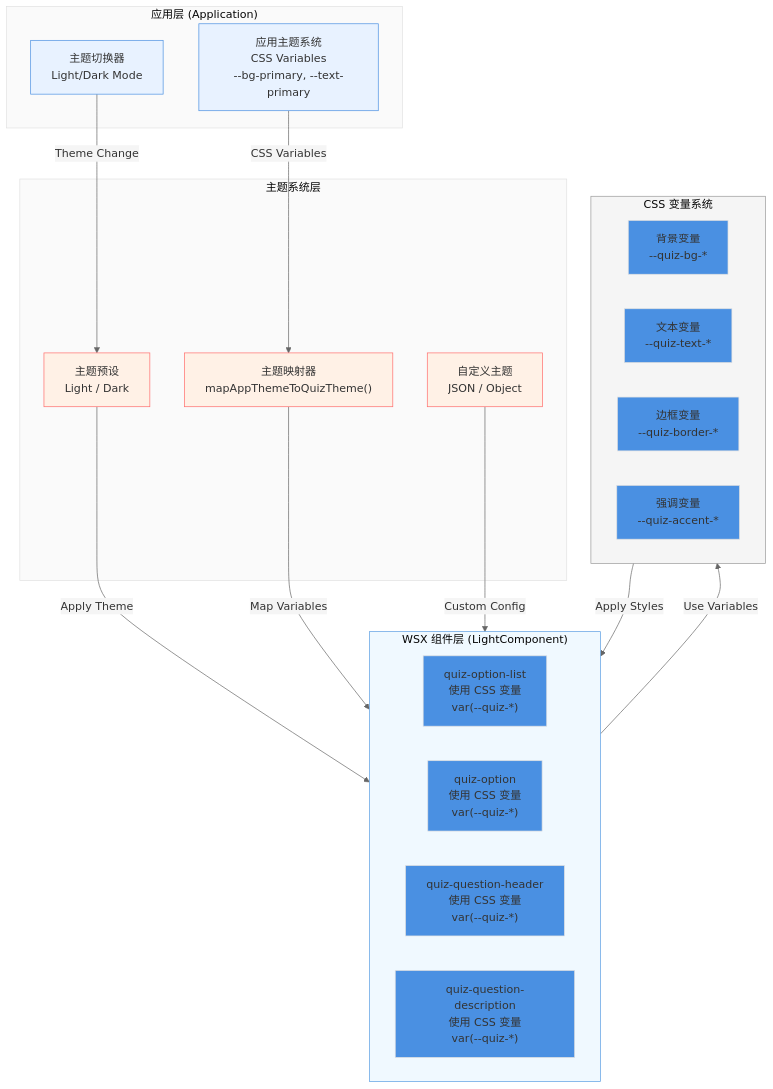
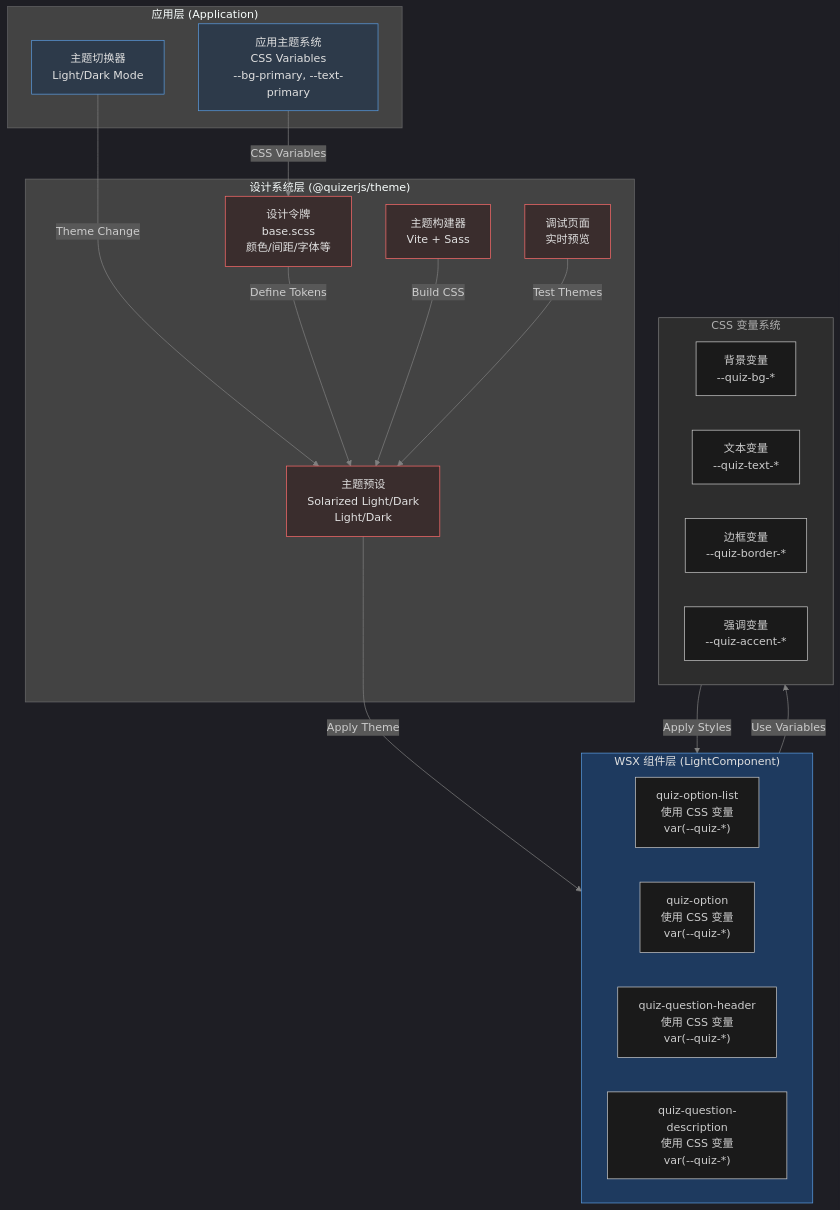
Before and after one commit to quizerjs/quizerjs: the first of 4 diagrams in docs/rfc/0008-wsx-theming-system.md, drawn with Mermaid. The commit also changed other lines of this file and 17 other files, not shown here.

First line of the commit message:
feat(theme): 创建 @quizerjs/theme 包，实现设计系统和主题切换功能

````diff
--- a/docs/rfc/0008-wsx-theming-system.md
+++ b/docs/rfc/0008-wsx-theming-system.md
@@ -44,45 +68,48 @@
 ```mermaid
-%%{init: {'theme':'base', 'themeVariables': {'primaryColor':'#4a90e2','primaryTextColor':'#333','primaryBorderColor':'#e0e0e0','lineColor':'#666','secondaryColor':'#f5f5f5','tertiaryColor':'#fafafa'}}}%%
+%%{init: {'theme':'dark', 'themeVariables': {'primaryColor':'#5a9de2','primaryTextColor':'#e0e0e0','primaryBorderColor':'#404040','lineColor':'#808080','secondaryColor':'#2d2d2d','tertiaryColor':'#262626','background':'#1a1a1a','mainBkg':'#1a1a1a','secondBkg':'#262626','tertiaryBkg':'#2d2d2d'}}}%%
 graph TB
     subgraph App["应用层 (Application)"]
         AppTheme["应用主题系统<br/>CSS Variables<br/>--bg-primary, --text-primary"]
         ThemeToggle["主题切换器<br/>Light/Dark Mode"]
     end
 
-    subgraph ThemeSystem["主题系统层"]
-        ThemePresets["主题预设<br/>Light / Dark"]
-        ThemeMapper["主题映射器<br/>mapAppThemeToQuizTheme()"]
-        CustomTheme["自定义主题<br/>JSON / Object"]
+    subgraph ThemeSystem["设计系统层 (@quizerjs/theme)"]
+        DesignTokens["设计令牌<br/>base.scss<br/>颜色/间距/字体等"]
+        ThemePresets["主题预设<br/>Solarized Light/Dark<br/>Light/Dark"]
+        ThemeBuilder["主题构建器<br/>Vite + Sass"]
+        DebugPage["调试页面<br/>实时预览"]
     end
 
     subgraph WSXComponents["WSX 组件层 (LightComponent)"]
         OptionList["quiz-option-list<br/>使用 CSS 变量<br/>var(--quiz-*)"]
         Option["quiz-option<br/>使用 CSS 变量<br/>var(--quiz-*)"]
         Header["quiz-question-header<br/>使用 CSS 变量<br/>var(--quiz-*)"]
         Description["quiz-question-description<br/>使用 CSS 变量<br/>var(--quiz-*)"]
     end
 
     subgraph CSSVars["CSS 变量系统"]
         BgVars["背景变量<br/>--quiz-bg-*"]
         TextVars["文本变量<br/>--quiz-text-*"]
         BorderVars["边框变量<br/>--quiz-border-*"]
         AccentVars["强调变量<br/>--quiz-accent-*"]
     end
 
-    AppTheme -->|CSS Variables| ThemeMapper
+    AppTheme -->|CSS Variables| DesignTokens
     ThemeToggle -->|Theme Change| ThemePresets
+    DesignTokens -->|Define Tokens| ThemePresets
     ThemePresets -->|Apply Theme| WSXComponents
-    ThemeMapper -->|Map Variables| WSXComponents
-    CustomTheme -->|Custom Config| WSXComponents
+    ThemeBuilder -->|Build CSS| ThemePresets
+    DebugPage -->|Test Themes| ThemePresets
     
     WSXComponents -->|Use Variables| CSSVars
     CSSVars -->|Apply Styles| WSXComponents
 
-    style AppTheme fill:#e8f2ff,stroke:#4a90e2
-    style ThemeToggle fill:#e8f2ff,stroke:#4a90e2
-    style ThemePresets fill:#fff1e6,stroke:#ff6b6b
-    style ThemeMapper fill:#fff1e6,stroke:#ff6b6b
-    style CustomTheme fill:#fff1e6,stroke:#ff6b6b
-    style WSXComponents fill:#f0f9ff,stroke:#5a9de2
-    style CSSVars fill:#f5f5f5,stroke:#999
+    style AppTheme fill:#2d3a4a,stroke:#5a9de2,color:#e0e0e0
+    style ThemeToggle fill:#2d3a4a,stroke:#5a9de2,color:#e0e0e0
+    style DesignTokens fill:#3a2d2d,stroke:#ff6b6b,color:#e0e0e0
+    style ThemePresets fill:#3a2d2d,stroke:#ff6b6b,color:#e0e0e0
+    style ThemeBuilder fill:#3a2d2d,stroke:#ff6b6b,color:#e0e0e0
+    style DebugPage fill:#3a2d2d,stroke:#ff6b6b,color:#e0e0e0
+    style WSXComponents fill:#1e3a5f,stroke:#5a9de2,color:#e0e0e0
+    style CSSVars fill:#2d2d2d,stroke:#808080,color:#b0b0b0
 ```
````
